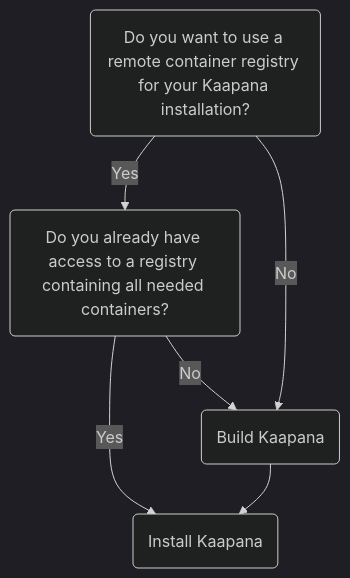
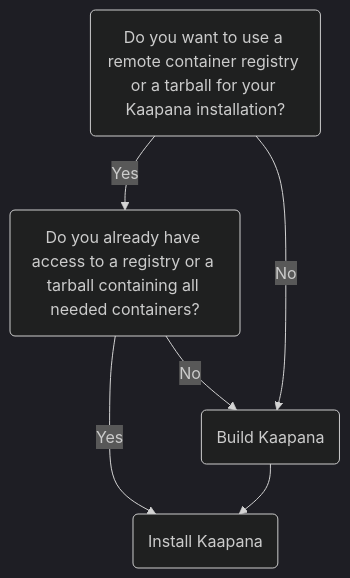
Before and after one commit to kaapana/kaapana: the diagram in docs/source/getting_started.rst, drawn with Mermaid (dark theme). The commit also changed other lines of this file and 5 other files, not shown here.

```diff
--- a/docs/source/getting_started.rst
+++ b/docs/source/getting_started.rst
@@ -35,10 +35,10 @@
    .. mermaid::
 
       flowchart TB
-         a1(Do you want to use a remote container registry for your Kaapana installation?)
-         a1-->|Yes| a2(Do you already have access to a registry containing all needed containers?)
+         a1(Do you want to use a remote container registry or a tarball for your Kaapana installation?)
+         a1-->|Yes| a2(Do you already have access to a registry or a tarball containing all needed containers?)
          a1-->|No| b1
          a2-->|Yes| c1
          a2-->|No| b1
          b1(Build Kaapana) --> c1
          c1(Install Kaapana)
```
